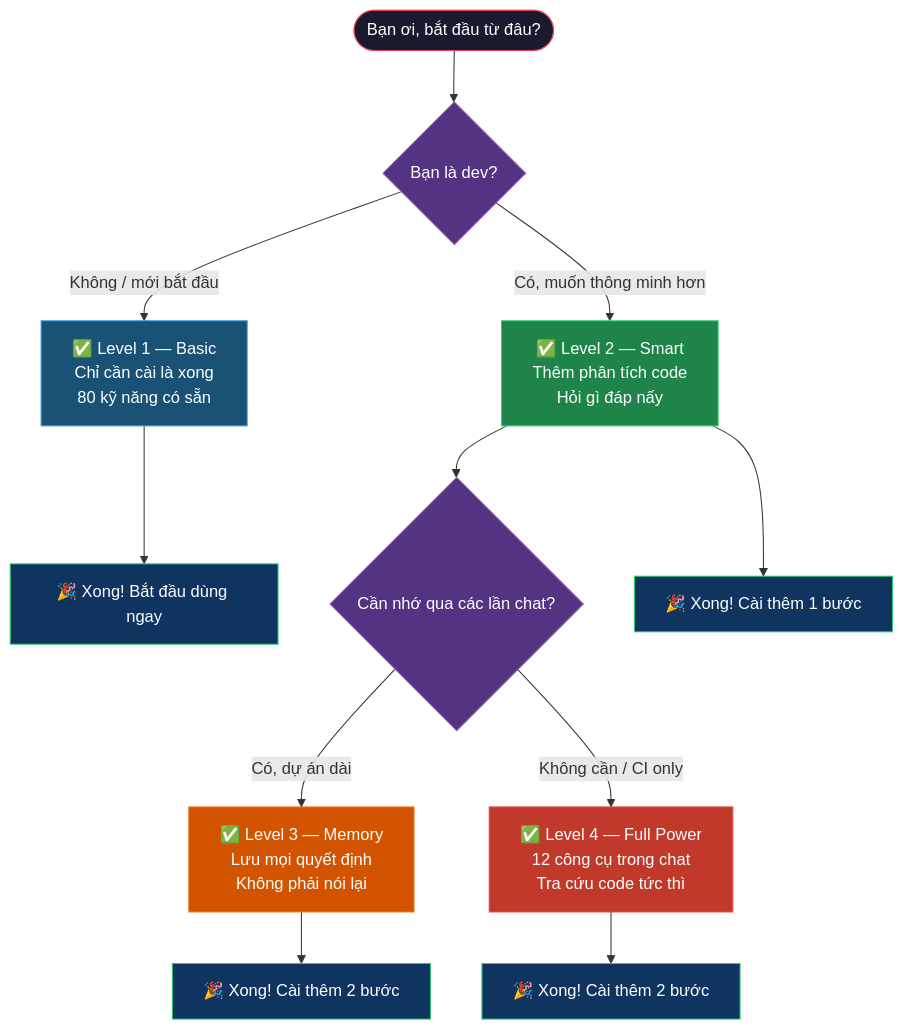
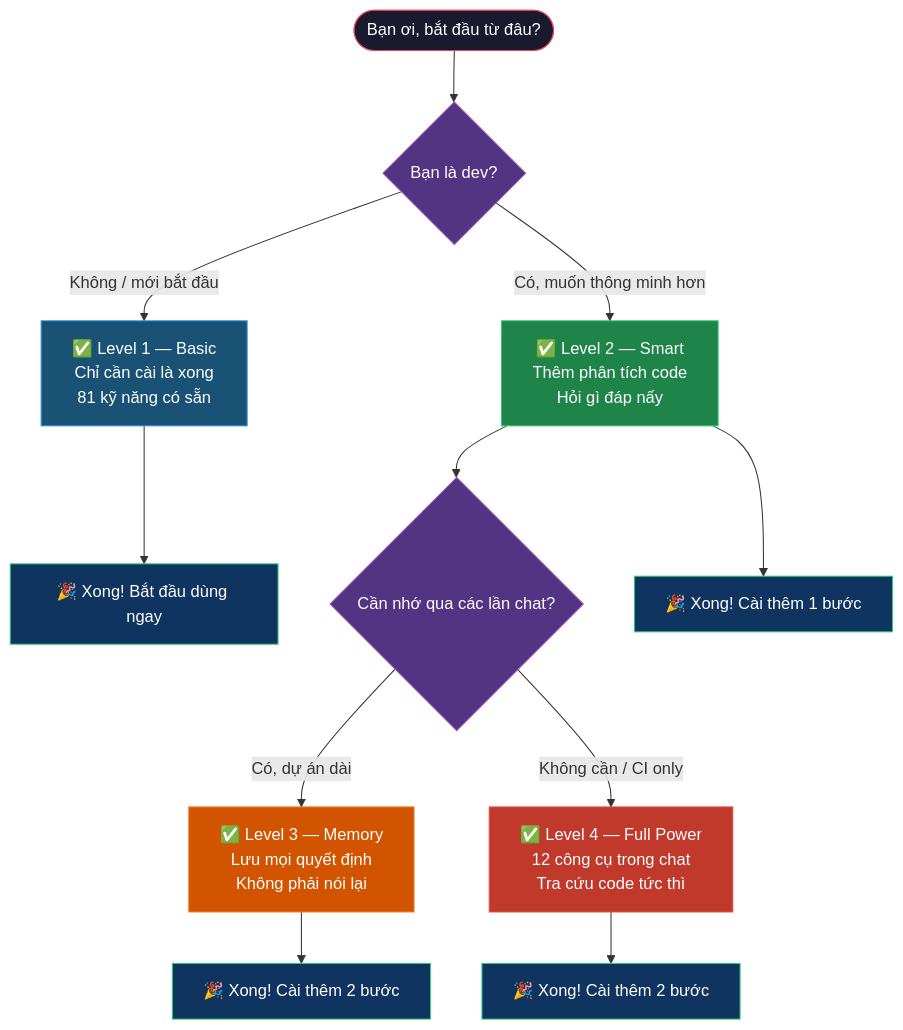
The second of 15 diagrams in README.vi.md (buiphucminhtam/forgewright), drawn with Mermaid before and after one commit. The commit also changed other lines of this file and 4 other files, not shown here.

````diff
--- a/README.vi.md
+++ b/README.vi.md
@@ -119,29 +119,29 @@
 ```mermaid
 flowchart TD
     START(["Bạn ơi, bắt đầu từ đâu?"])
 
     START --> Q1{"Bạn là dev?"}
-    Q1 --> |"Không / mới bắt đầu"| EASY["✅ Level 1 — Basic<br/>Chỉ cần cài là xong<br/>80 kỹ năng có sẵn"]
+    Q1 --> |"Không / mới bắt đầu"| EASY["✅ Level 1 — Basic<br/>Chỉ cần cài là xong<br/>81 kỹ năng có sẵn"]
     Q1 --> |"Có, muốn thông minh hơn"| SMART["✅ Level 2 — Smart<br/>Thêm phân tích code<br/>Hỏi gì đáp nấy"]
 
     SMART --> Q2{"Cần nhớ qua các lần chat?"}
     Q2 --> |"Có, dự án dài"| MEM["✅ Level 3 — Memory<br/>Lưu mọi quyết định<br/>Không phải nói lại"]
     Q2 --> |"Không cần / CI only"| MCP["✅ Level 4 — Full Power<br/>12 công cụ trong chat<br/>Tra cứu code tức thì"]
 
     EASY --> DONE1["🎉 Xong! Bắt đầu dùng ngay"]
     SMART --> DONE2["🎉 Xong! Cài thêm 1 bước"]
     MEM --> DONE3["🎉 Xong! Cài thêm 2 bước"]
     MCP --> DONE4["🎉 Xong! Cài thêm 2 bước"]
 
     style START fill:#1a1a2e,stroke:#e94560,color:#fff
     style EASY fill:#1a5276,stroke:#3498db,color:#fff
     style SMART fill:#1e8449,stroke:#2ecc71,color:#fff
     style MEM fill:#d35400,stroke:#e67e22,color:#fff
     style MCP fill:#c0392b,stroke:#e74c3c,color:#fff
     style DONE1 fill:#0f3460,stroke:#2ecc71,color:#fff
     style DONE2 fill:#0f3460,stroke:#2ecc71,color:#fff
     style DONE3 fill:#0f3460,stroke:#2ecc71,color:#fff
     style DONE4 fill:#0f3460,stroke:#2ecc71,color:#fff
     style Q1 fill:#533483,stroke:#9b59b6,color:#fff
     style Q2 fill:#533483,stroke:#9b59b6,color:#fff
 ```
````
